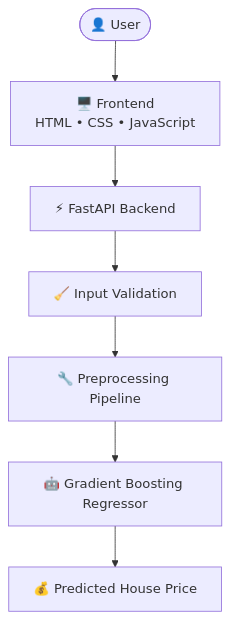
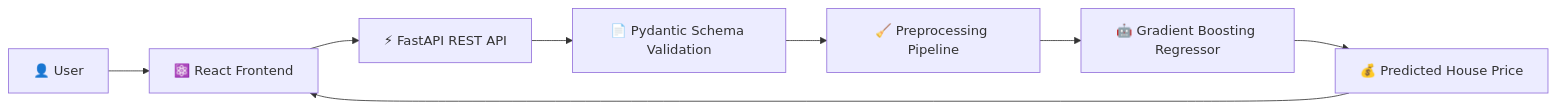
One commit to Vedansh1011/Smart-House-Price-Prediction changed the first of 10 diagrams in README.md. Above: the diagram before and after it, drawn with Mermaid. The commit also changed other lines of this file and 46 other files, not shown here.

````diff
--- a/README.md
+++ b/README.md
@@ -94,24 +233,25 @@
 ```mermaid
-flowchart TD
+flowchart LR
 
-A([👤 User])
+A["👤 User"]
 
-B[🖥️ Frontend<br>HTML • CSS • JavaScript]
+B["⚛️ React Frontend"]
 
-C[⚡ FastAPI Backend]
+C["⚡ FastAPI REST API"]
 
-D[🧹 Input Validation]
+D["📄 Pydantic Schema Validation"]
 
-E[🔧 Preprocessing Pipeline]
+E["🧹 Preprocessing Pipeline"]
 
-F[🤖 Gradient Boosting Regressor]
+F["🤖 Gradient Boosting Regressor"]
 
-G[💰 Predicted House Price]
+G["💰 Predicted House Price"]
 
 A --> B
 B --> C
 C --> D
 D --> E
 E --> F
 F --> G
+G --> B
 ```
````
